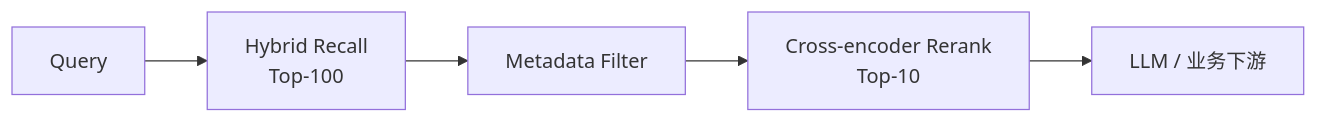
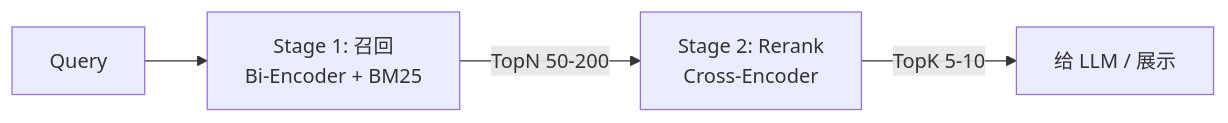
The diagram in docs/retrieval/rerank.md (wangyong9999/lakehouse-wiki), drawn with Mermaid before and after one commit. The commit also changed other lines of this file and 3 other files, not shown here.

Commit message:
content(R1A.2): 检索核心深化 hnsw/vector-database/hybrid-search/rerank 升 S 级

````diff
--- a/docs/retrieval/rerank.md
+++ b/docs/retrieval/rerank.md
@@ -48,7 +74,6 @@
 ```mermaid
 flowchart LR
-  q[Query] --> recall[Hybrid Recall<br/>Top-100]
-  recall --> filter[Metadata Filter]
-  filter --> rerank[Cross-encoder Rerank<br/>Top-10]
-  rerank --> llm[LLM / 业务下游]
+  q[Query] --> stage1[Stage 1: 召回<br/>Bi-Encoder + BM25]
+  stage1 -->|TopN 50-200| stage2[Stage 2: Rerank<br/>Cross-Encoder]
+  stage2 -->|TopK 5-10| final[给 LLM / 展示]
 ```
````
